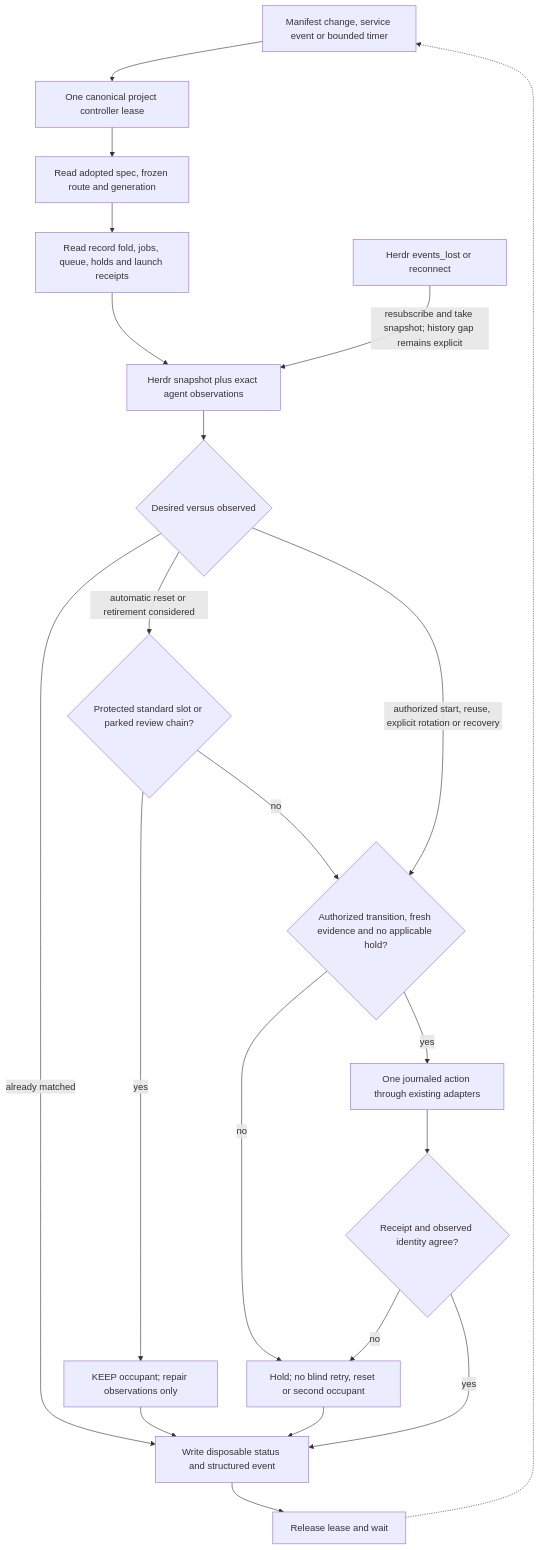
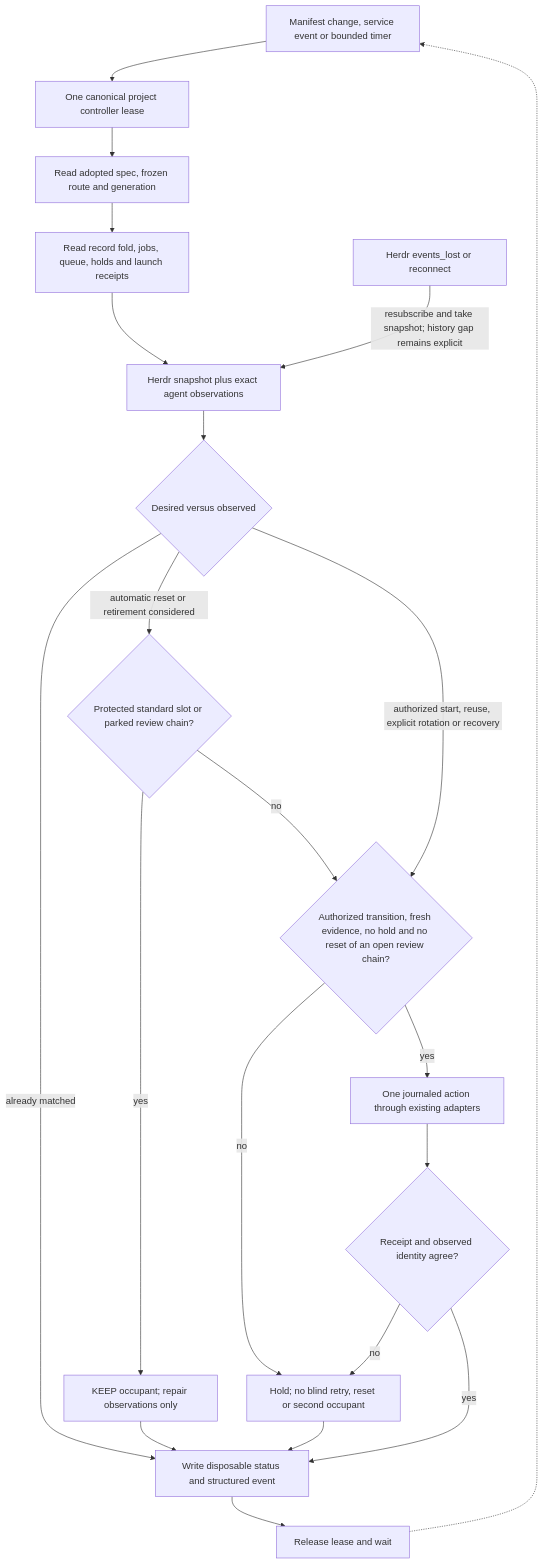
The diagram in docs/research/session-architecture/diagrams/06-proposed-reconcile-loop.mmd (rewt/herdr-brain), drawn with Mermaid before and after one commit. The commit also changed 9 other files, not shown here.

```diff
--- a/docs/research/session-architecture/diagrams/06-proposed-reconcile-loop.mmd
+++ b/docs/research/session-architecture/diagrams/06-proposed-reconcile-loop.mmd
@@ -1,28 +1,28 @@
 flowchart TD
   Wake[Manifest change, service event or bounded timer]
   Lock[One canonical project controller lease]
   Desired[Read adopted spec, frozen route and generation]
   Facts[Read record fold, jobs, queue, holds and launch receipts]
   Observe[Herdr snapshot plus exact agent observations]
   Compare{Desired versus observed}
   Standard{Protected standard slot or parked review chain?}
   Keep[KEEP occupant; repair observations only]
-  Safe{Authorized transition, fresh evidence and no applicable hold?}
+  Safe{Authorized transition, fresh evidence, no hold and no reset of an open review chain?}
   Action[One journaled action through existing adapters]
   Result{Receipt and observed identity agree?}
   Status[Write disposable status and structured event]
   Ambiguous[Hold; no blind retry, reset or second occupant]
   Wake --> Lock --> Desired --> Facts --> Observe --> Compare
   Compare -->|already matched| Status
   Compare -->|automatic reset or retirement considered| Standard
   Standard -->|yes| Keep --> Status
   Standard -->|no| Safe
   Compare -->|authorized start, reuse, explicit rotation or recovery| Safe
   Safe -->|no| Ambiguous --> Status
   Safe -->|yes| Action --> Result
   Result -->|yes| Status
   Result -->|no| Ambiguous
   Status --> Release[Release lease and wait]
   Release -.-> Wake
   Gap[Herdr events_lost or reconnect]
   Gap -->|resubscribe and take snapshot; history gap remains explicit| Observe
```
